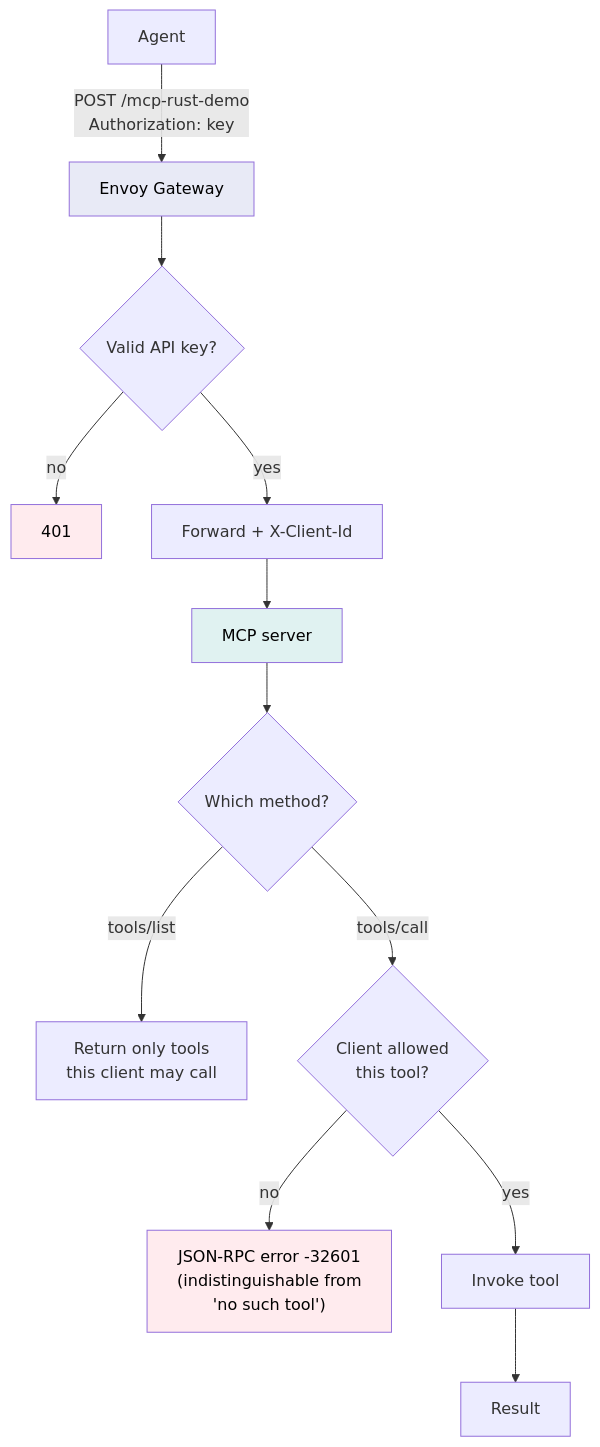
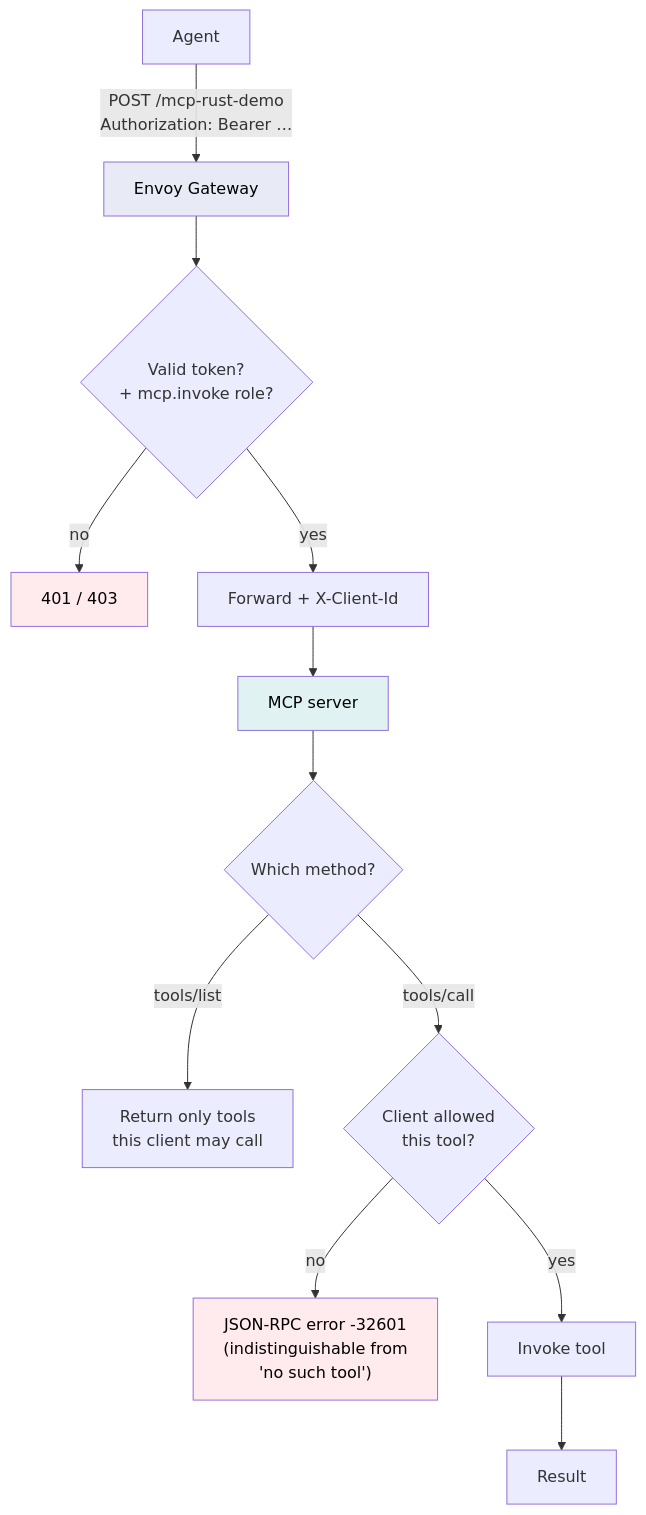
One commit to preedep/mcp-rust-demo-001 changed the first of 5 diagrams in README.md. Above: the diagram before and after it, drawn with Mermaid. The commit also changed other lines of this file, not shown here.

First line of the commit message:
Redraw the architecture diagrams for JWT auth

````diff
--- a/README.md
+++ b/README.md
@@ -387,22 +387,22 @@
 ```mermaid
 flowchart TD
-    A[Agent] -->|POST /mcp-rust-demo<br/>Authorization: key| B[Envoy Gateway]
+    A[Agent] -->|"POST /mcp-rust-demo<br/>Authorization: Bearer …"| B[Envoy Gateway]
 
-    B --> C{Valid API key?}
-    C -->|no| D[401]
-    C -->|yes| E[Forward + X-Client-Id]
+    B --> C{"Valid token?<br/>+ mcp.invoke role?"}
+    C -->|no| D["401 / 403"]
+    C -->|yes| E["Forward + X-Client-Id"]
 
     E --> F[MCP server]
     F --> G{Which method?}
     G -->|tools/list| H[Return only tools<br/>this client may call]
     G -->|tools/call| I{Client allowed<br/>this tool?}
 
     I -->|no| J["JSON-RPC error -32601<br/>(indistinguishable from<br/>'no such tool')"]
     I -->|yes| K[Invoke tool]
     K --> L[Result]
 
     style B fill:#e8eaf6,color:#000
     style F fill:#e0f2f1,color:#000
     style D fill:#ffebee,color:#000
     style J fill:#ffebee,color:#000
 ```
````
